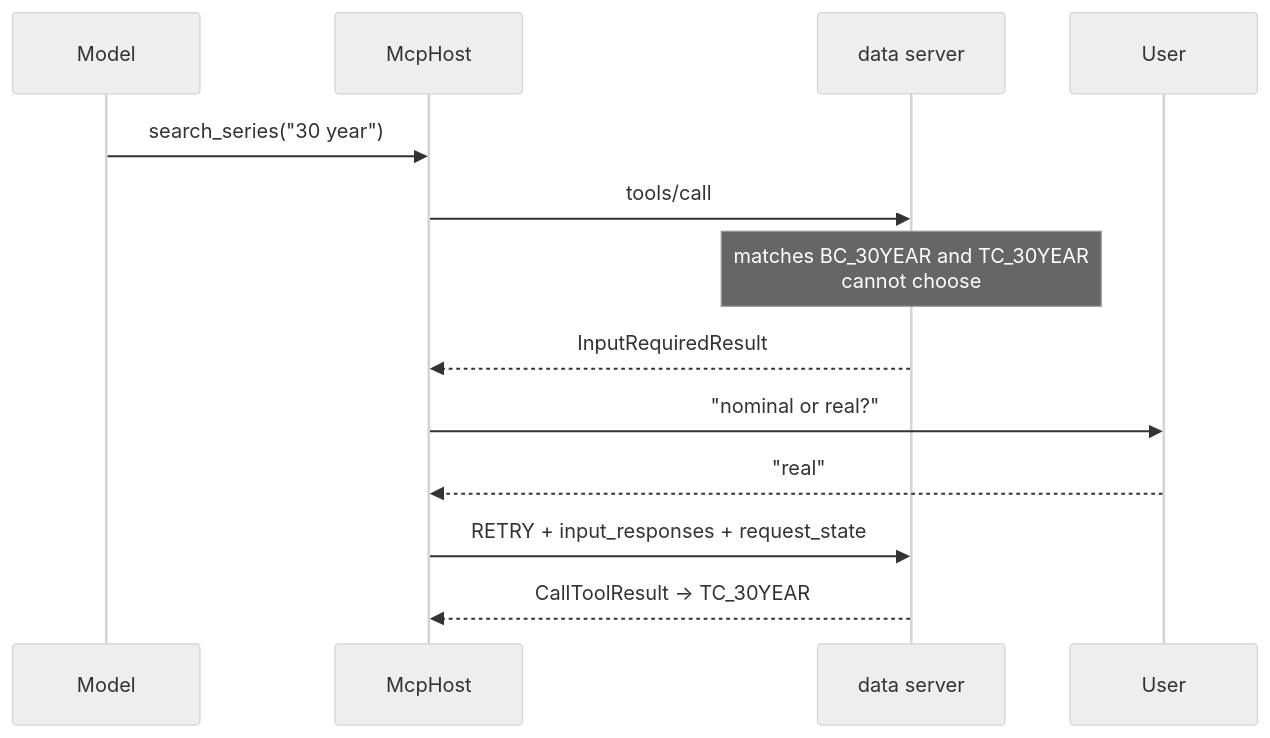
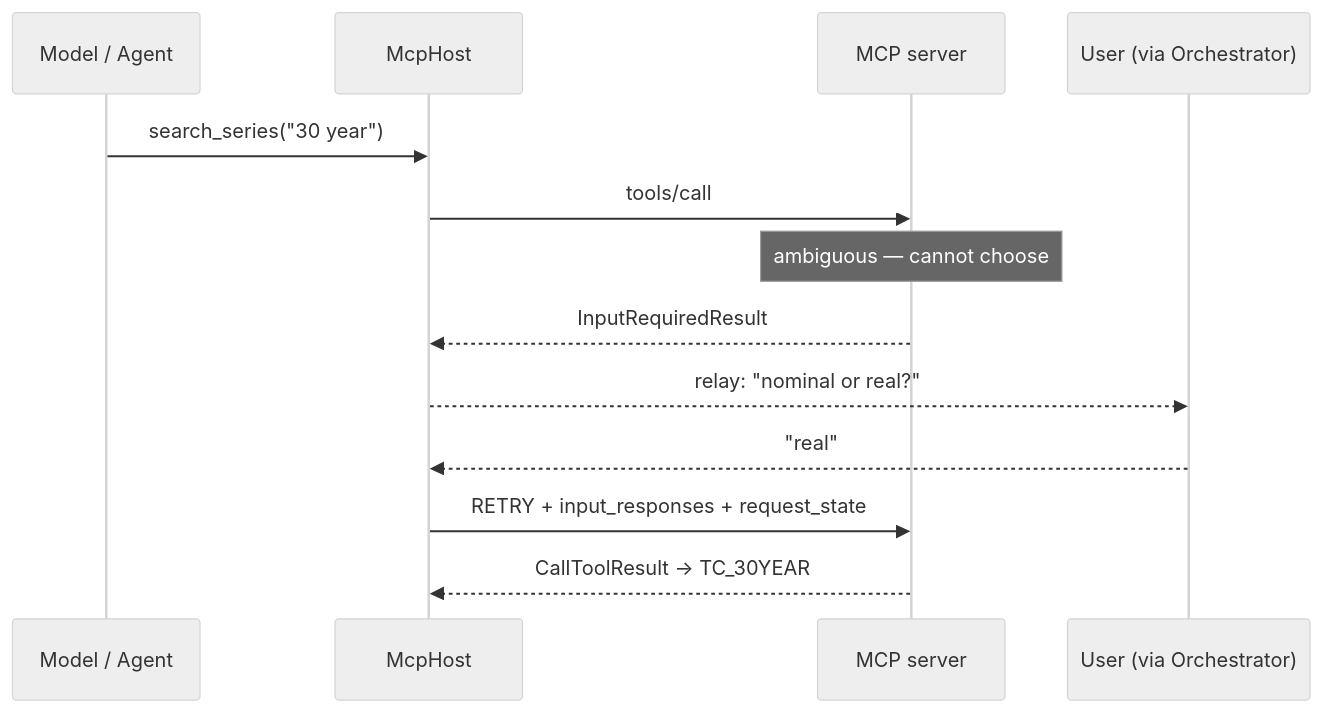
One commit to KrishnaAnnavaram/semantic-mcp-data-access-gateway changed diagram 14 of 19 in README.md. Above: the diagram before and after it, drawn with Mermaid (neutral theme). The commit also changed other lines of this file, not shown here.

First line of the commit message:
docs: rewrite README as the full architecture reference

````diff
--- a/README.md
+++ b/README.md
@@ -689,15 +1447,15 @@
 ```mermaid
 sequenceDiagram
-    participant M as Model
+    participant M as Model / Agent
     participant H as McpHost
-    participant S as data server
-    participant U as User
+    participant S as MCP server
+    participant U as User (via Orchestrator)
     M->>H: search_series("30 year")
     H->>S: tools/call
-    Note over S: matches BC_30YEAR and TC_30YEAR<br/>cannot choose
+    Note over S: ambiguous — cannot choose
     S-->>H: InputRequiredResult
-    H->>U: "nominal or real?"
+    H-->>U: relay: "nominal or real?"
     U-->>H: "real"
     H->>S: RETRY + input_responses + request_state
-    S-->>H: CallToolResult → TC_30YEAR
+    S-->>H: CallToolResult -> TC_30YEAR
 ```
````
